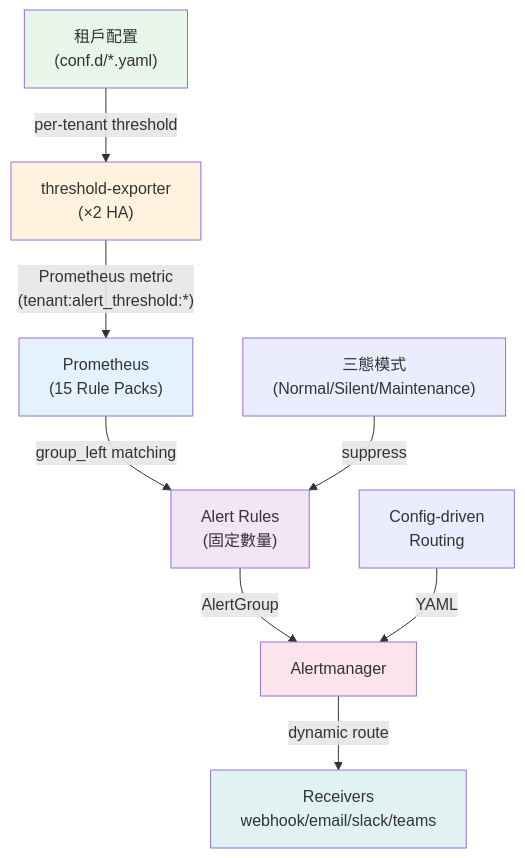
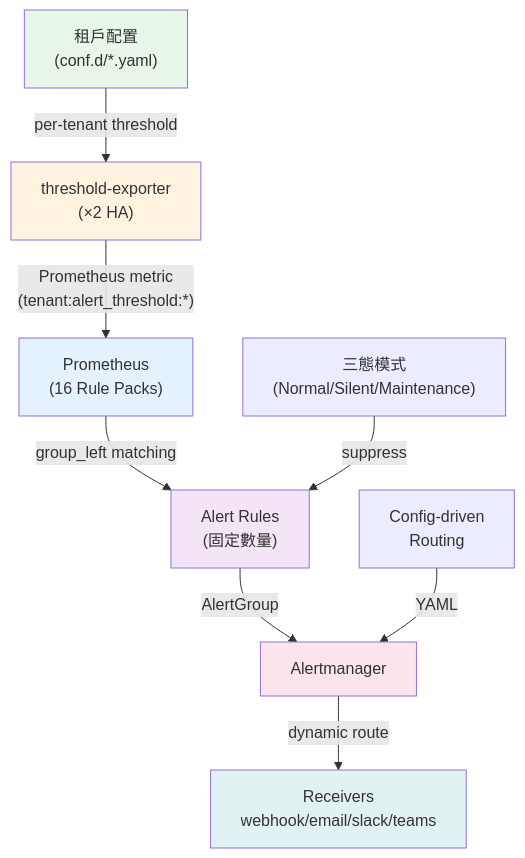
Before and after one commit to vencil/Dynamic-Alerting-Integrations: the second of 2 diagrams in docs/index.md, drawn with Mermaid. The commit also changed other lines of this file and 47 other files, not shown here.

````diff
--- a/docs/index.md
+++ b/docs/index.md
@@ -107,18 +107,18 @@
 ```mermaid
 graph TB
     A["租戶配置\n(conf.d/*.yaml)"] -->|per-tenant threshold| B["threshold-exporter\n(×2 HA)"]
-    B -->|"Prometheus metric\n(tenant:alert_threshold:*)"| C["Prometheus\n(15 Rule Packs)"]
+    B -->|"Prometheus metric\n(tenant:alert_threshold:*)"| C["Prometheus\n(16 Rule Packs)"]
     C -->|group_left matching| D["Alert Rules\n(固定數量)"]
     D -->|AlertGroup| E["Alertmanager"]
     E -->|dynamic route| F["Receivers\nwebhook/email/slack/teams"]
 
     G["Config-driven\nRouting"] -->|YAML| E
     H["三態模式\n(Normal/Silent/Maintenance)"] -->|suppress| D
 
     style A fill:#e8f5e9
     style B fill:#fff3e0
     style C fill:#e3f2fd
     style D fill:#f3e5f5
     style E fill:#fce4ec
     style F fill:#e0f2f1
 ```
````
